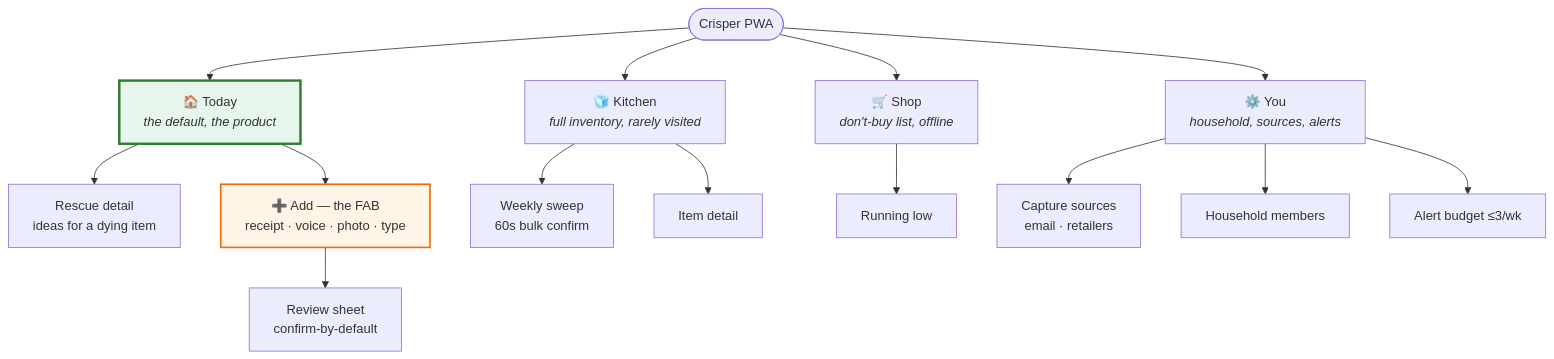
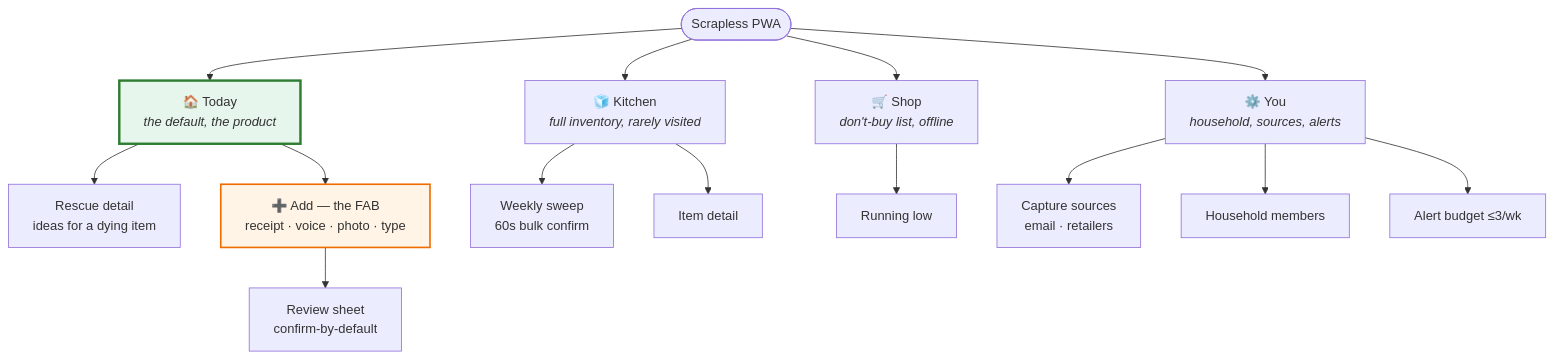
The first of 3 diagrams in docs/04-ui-screens-flows.md (Zogoo/scrapless), drawn with Mermaid before and after one commit. The commit also changed other lines of this file and 60 other files, not shown here.

````diff
--- a/docs/04-ui-screens-flows.md
+++ b/docs/04-ui-screens-flows.md
@@ -11,20 +11,20 @@
 ```mermaid
 flowchart TD
-    ROOT([Crisper PWA]) --> HOME["🏠 Today<br/><i>the default, the product</i>"]
+    ROOT([Scrapless PWA]) --> HOME["🏠 Today<br/><i>the default, the product</i>"]
     ROOT --> KITCHEN["🧊 Kitchen<br/><i>full inventory, rarely visited</i>"]
     ROOT --> SHOP["🛒 Shop<br/><i>don't-buy list, offline</i>"]
     ROOT --> ME["⚙️ You<br/><i>household, sources, alerts</i>"]
 
     HOME --> RESCUE["Rescue detail<br/>ideas for a dying item"]
     HOME --> CAPTURE["➕ Add — the FAB<br/>receipt · voice · photo · type"]
     CAPTURE --> REVIEW["Review sheet<br/>confirm-by-default"]
     KITCHEN --> SWEEP["Weekly sweep<br/>60s bulk confirm"]
     KITCHEN --> ITEM["Item detail"]
     SHOP --> LOWLIST["Running low"]
     ME --> SOURCES["Capture sources<br/>email · retailers"]
     ME --> HOUSE["Household members"]
     ME --> ALERTS["Alert budget ≤3/wk"]
 
     style HOME fill:#e7f6ec,stroke:#2e7d32,stroke-width:3px
     style CAPTURE fill:#fff4e5,stroke:#ef6c00,stroke-width:2px
 ```
````
